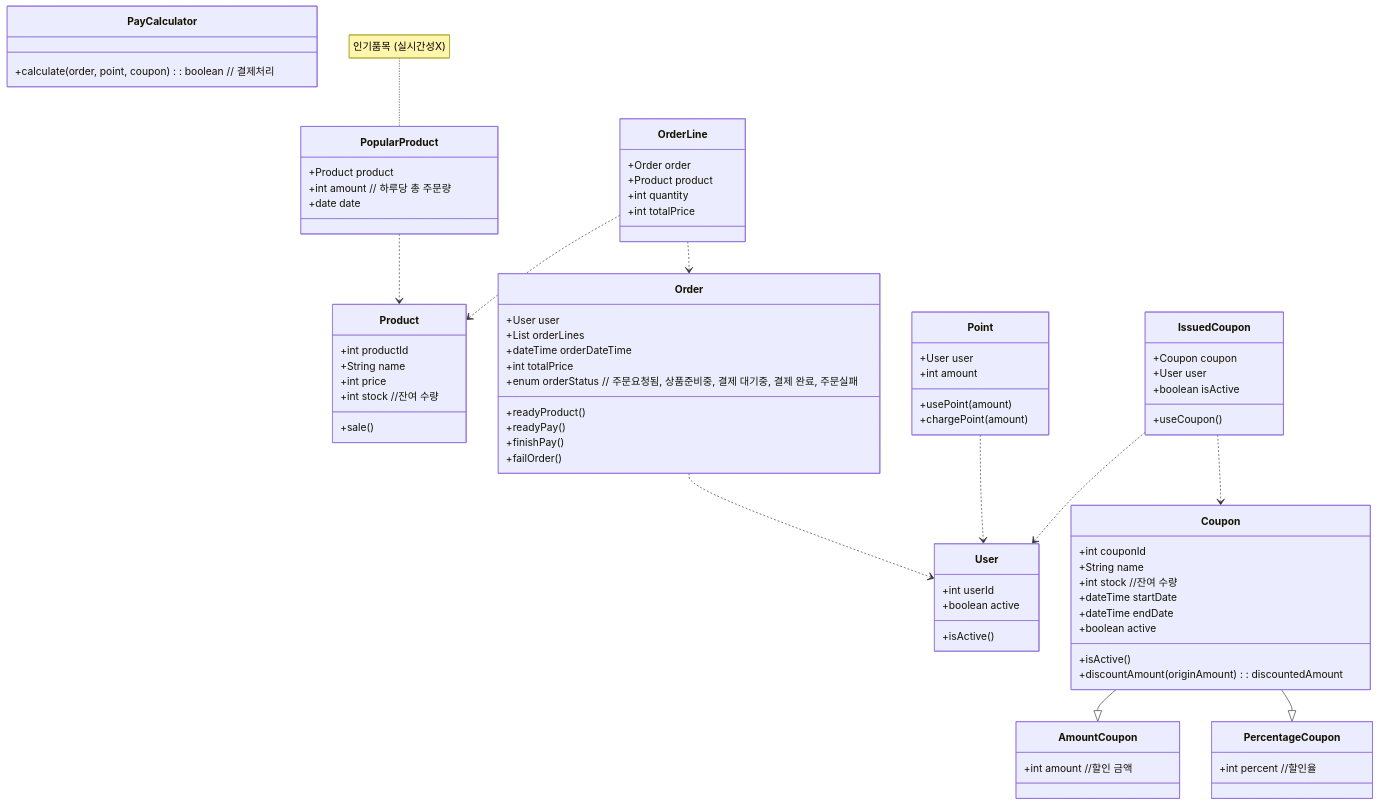
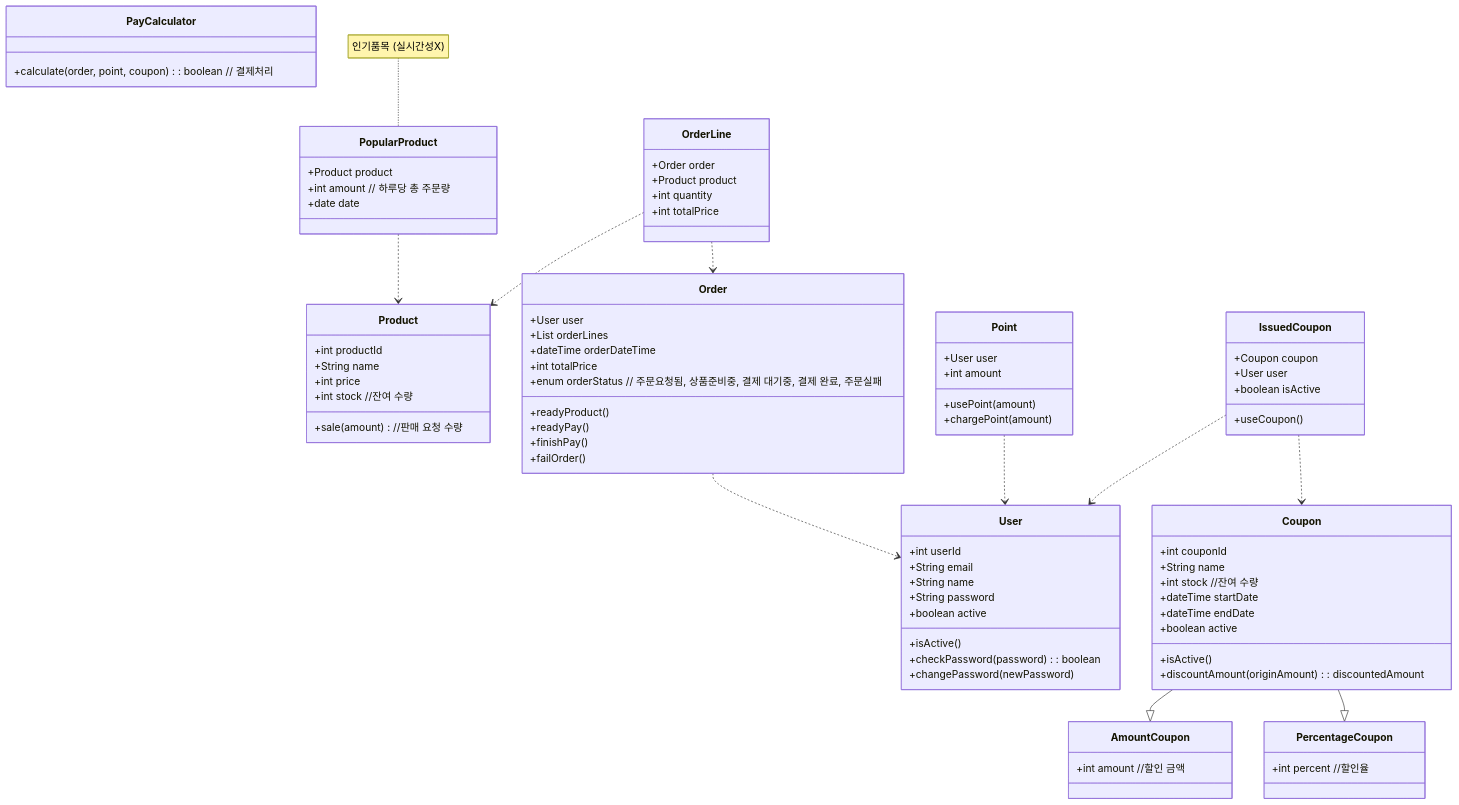
The diagram in docs/class-diagram/class-diagram.mermaid (lostcatbox/hhplus-e-commerce-server), drawn with Mermaid before and after one commit.

Commit message:
[Docs] 항해 2주차 이커머스 클래스 다이어그램 USER 수정

```diff
--- a/docs/class-diagram/class-diagram.mermaid
+++ b/docs/class-diagram/class-diagram.mermaid
@@ -1,95 +1,100 @@
 classDiagram
 
     class Product{
         +int productId
         +String name
         +int price
         +int stock //잔여 수량
-        +sale()
+        +sale(amount) //판매 요청 수량
     }
 
 
     note for PopularProduct "인기품목 (실시간성X)"
     class PopularProduct{
         +Product product
         +int amount // 하루당 총 주문량
         +date date
     }
     PopularProduct..>Product
 
 
     class User{
         +int userId
+        +String email
+        +String name
+        +String password
         +boolean active
         +isActive()
+        +checkPassword(password) : boolean
+        +changePassword(newPassword)
     }
 
 
     class Order{
         +User user
         +List orderLines
         +dateTime orderDateTime
         +int totalPrice
         +enum orderStatus // 주문요청됨, 상품준비중, 결제 대기중, 결제 완료, 주문실패
         +readyProduct()
         +readyPay()
         +finishPay()
         +failOrder()
     }
     Order..>User
 
 
     class OrderLine{
         +Order order
         +Product product
         +int quantity
         +int totalPrice
     }
     OrderLine ..> Product
     OrderLine ..> Order
 
 
     class Point{
         +User user
         +int amount
         +usePoint(amount)
         +chargePoint(amount)
     }
     Point..>User
 
 
 
     class Coupon{
         +int couponId
         +String name
         +int stock //잔여 수량
         +dateTime startDate
         +dateTime endDate
         +boolean active
         +isActive()
         +discountAmount(originAmount) : discountedAmount
     }
 
     class AmountCoupon{
         +int amount //할인 금액
     }
     Coupon--|>AmountCoupon
 
     class PercentageCoupon{
         +int percent //할인율
     }
     Coupon--|>PercentageCoupon
 
     class IssuedCoupon{
         +Coupon coupon
         +User user
         +boolean isActive
         +useCoupon()
     }
     IssuedCoupon..> User
     IssuedCoupon..> Coupon
 
 
     class PayCalculator{
         +calculate(order, point, coupon): boolean // 결제처리
     }
```
